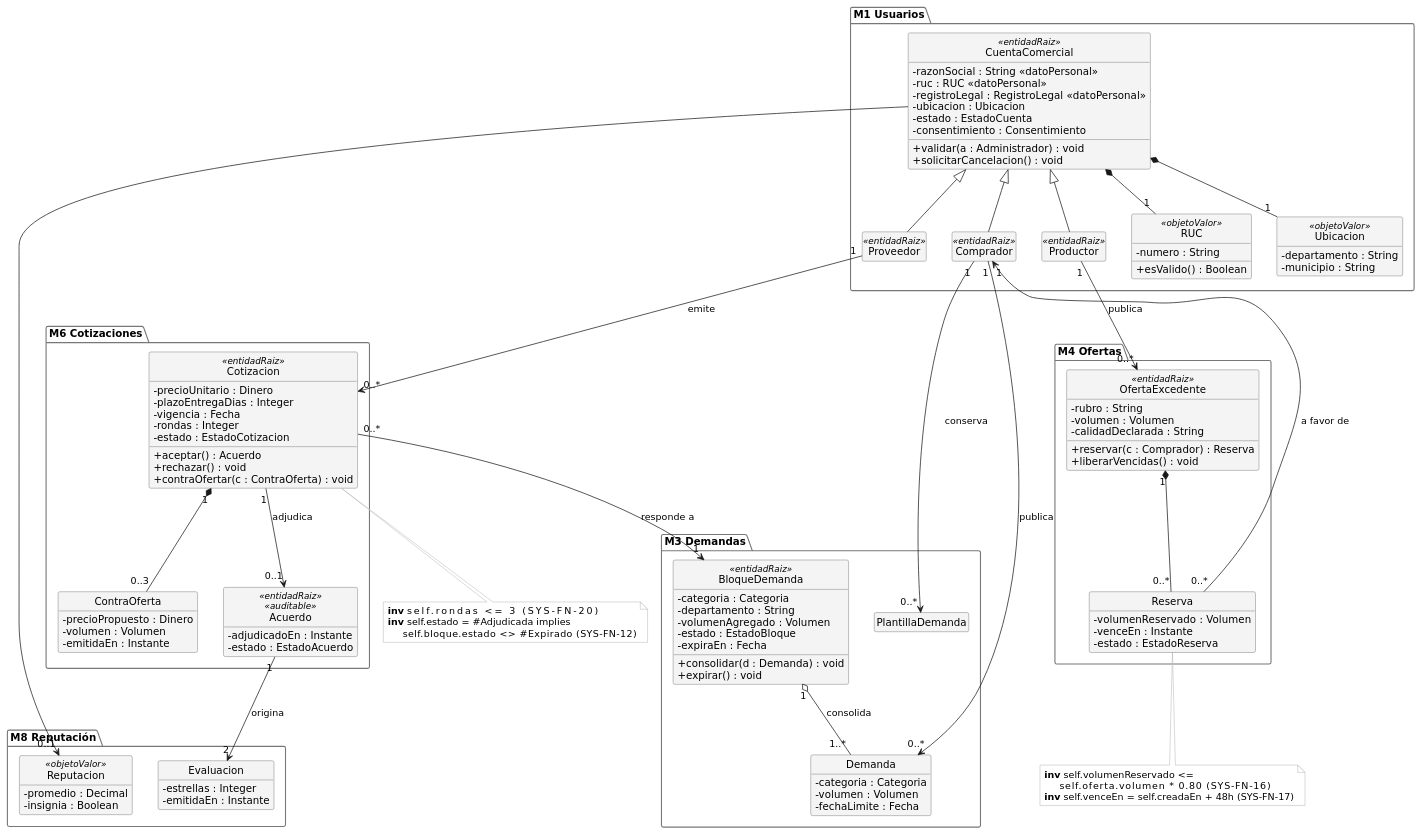
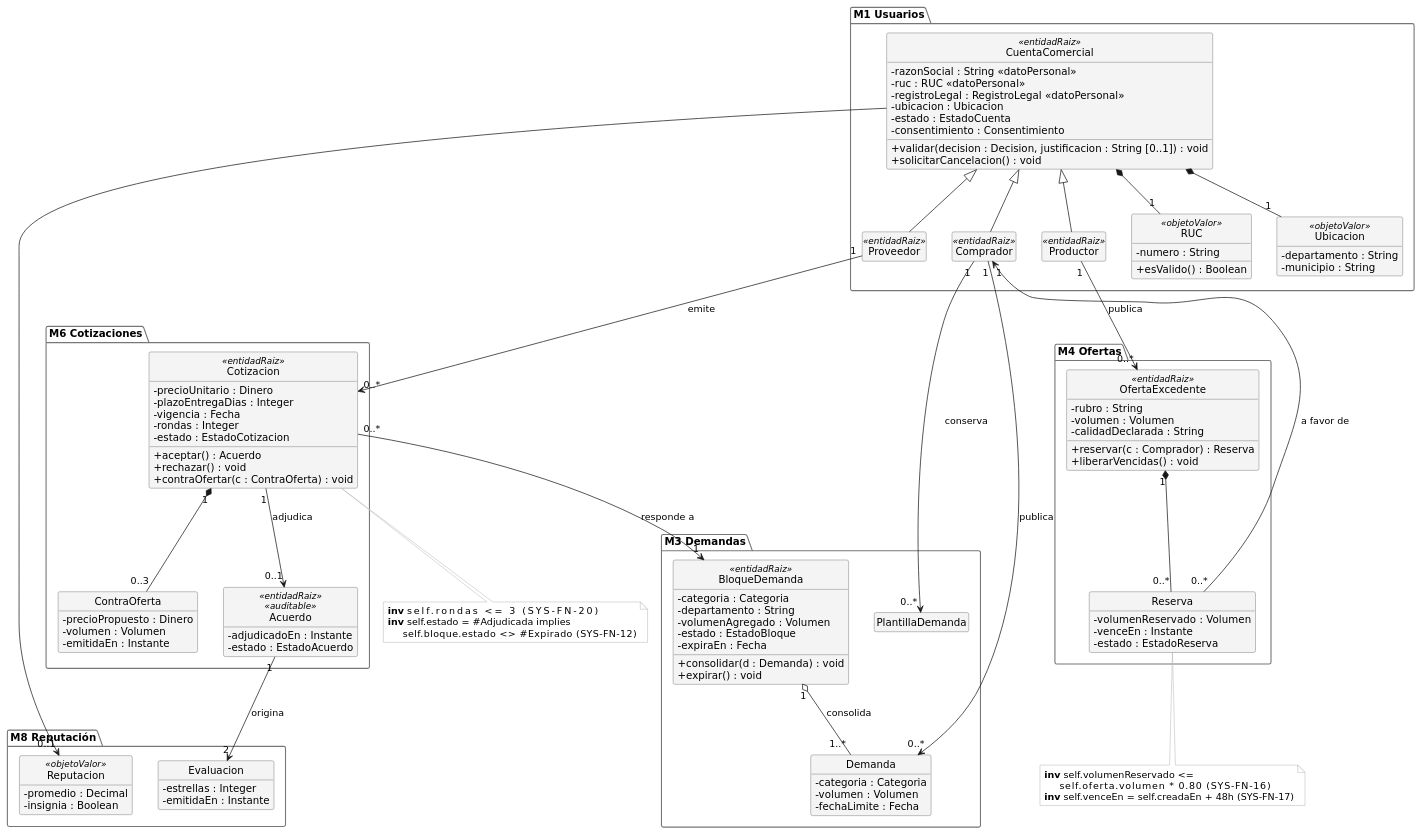
One commit to PedroMG2023/abasteceni changed the diagram in docs/modelos/MD-01-clases.puml. Above: the diagram before and after it, drawn with PlantUML. The commit also changed 6 other files, not shown here.

First line of the commit message:
docs(evidencia): aprueba DIS-35, ajusta validar en MD-01 y registra la integración de SYS-FN-07 [DIS-35] [SYS-FN-03] [SYS-FN-07] [AS-06] [DM-05]

```diff
--- a/docs/modelos/MD-01-clases.puml
+++ b/docs/modelos/MD-01-clases.puml
@@ -1,152 +1,154 @@
 @startuml MD-01-clases
 ' MD-01 — Modelo de clases del dominio (D5 §2.12.1)
 ' Pregunta: ¿qué conceptos del dominio existen, qué atributos y operaciones
 ' les corresponden, cómo se relacionan y qué invariantes cumplen?
 ' Punto de vista rector: PV-01, con aportación de PV-03 (dato personal).
 ' Perfil: solo estereotipos del Anexo B de D5 (DML-02). Las entidades internas
 ' de un agregado no llevan estereotipo: solo la raíz es referenciable desde
 ' otro módulo (restricción R2). «datoPersonal» se aplica a atributos (Property),
 ' no a la clase (D5 §2.12.1, INC-16).
 ' Trazabilidad: M1, M3, M4, M6, M8; SYS-FN-01, 02, 09, 11, 14, 16, 17, 18,
 ' 19, 20, 27 y 30. Dieciséis clases en cinco paquetes de módulo.
 ' DIS-32 (aprobada): «registroLegal» realiza SYS-FN-02 (clave en el almacén de
-' documentos y tipo de contenido). Pendiente de reflejarse en D5 v1.2.
+' documentos y tipo de contenido). DIS-35 (aprobada): «validar» recibe la decisión
+' y la justificación que exige SYS-FN-03; el Administrador queda en la bitácora.
+' Ambos cambios están pendientes de reflejarse en D5 v1.2.
 
 skinparam shadowing false
 skinparam classAttributeIconSize 0
 skinparam defaultFontName "DejaVu Sans"
 skinparam class {
   BackgroundColor #F4F4F4
   BorderColor #555555
 }
 skinparam package {
   BorderColor #777777
 }
 skinparam note {
   BackgroundColor #FFFFFF
   BorderColor #999999
 }
 hide circle
 hide empty members
 
 package "M1 Usuarios" {
   class CuentaComercial <<entidadRaiz>> {
     - razonSocial : String <<datoPersonal>>
     - ruc : RUC <<datoPersonal>>
     - registroLegal : RegistroLegal <<datoPersonal>>
     - ubicacion : Ubicacion
     - estado : EstadoCuenta
     - consentimiento : Consentimiento
-    + validar(a : Administrador) : void
+    + validar(decision : Decision, justificacion : String [0..1]) : void
     + solicitarCancelacion() : void
   }
   class Productor <<entidadRaiz>>
   class Comprador <<entidadRaiz>>
   class Proveedor <<entidadRaiz>>
   class RUC <<objetoValor>> {
     - numero : String
     + esValido() : Boolean
   }
   class Ubicacion <<objetoValor>> {
     - departamento : String
     - municipio : String
   }
   CuentaComercial <|-- Productor
   CuentaComercial <|-- Comprador
   CuentaComercial <|-- Proveedor
   CuentaComercial *-- "1" RUC
   CuentaComercial *-- "1" Ubicacion
 }
 
 package "M3 Demandas" {
   class PlantillaDemanda
   class BloqueDemanda <<entidadRaiz>> {
     - categoria : Categoria
     - departamento : String
     - volumenAgregado : Volumen
     - estado : EstadoBloque
     - expiraEn : Fecha
     + consolidar(d : Demanda) : void
     + expirar() : void
   }
   class Demanda {
     - categoria : Categoria
     - volumen : Volumen
     - fechaLimite : Fecha
   }
   BloqueDemanda "1" o-- "1..*" Demanda : consolida
 }
 
 package "M4 Ofertas" {
   class OfertaExcedente <<entidadRaiz>> {
     - rubro : String
     - volumen : Volumen
     - calidadDeclarada : String
     + reservar(c : Comprador) : Reserva
     + liberarVencidas() : void
   }
   class Reserva {
     - volumenReservado : Volumen
     - venceEn : Instante
     - estado : EstadoReserva
   }
   OfertaExcedente "1" *-- "0..*" Reserva
 }
 
 package "M6 Cotizaciones" {
   class Cotizacion <<entidadRaiz>> {
     - precioUnitario : Dinero
     - plazoEntregaDias : Integer
     - vigencia : Fecha
     - rondas : Integer
     - estado : EstadoCotizacion
     + aceptar() : Acuerdo
     + rechazar() : void
     + contraOfertar(c : ContraOferta) : void
   }
   class ContraOferta {
     - precioPropuesto : Dinero
     - volumen : Volumen
     - emitidaEn : Instante
   }
   class Acuerdo <<entidadRaiz>> <<auditable>> {
     - adjudicadoEn : Instante
     - estado : EstadoAcuerdo
   }
   Cotizacion "1" *-- "0..3" ContraOferta
   Cotizacion "1" --> "0..1" Acuerdo : adjudica
 }
 
 package "M8 Reputación" {
   class Evaluacion {
     - estrellas : Integer
     - emitidaEn : Instante
   }
   class Reputacion <<objetoValor>> {
     - promedio : Decimal
     - insignia : Boolean
   }
 }
 
 Productor "1" --> "0..*" OfertaExcedente : publica
 Comprador "1" --> "0..*" PlantillaDemanda : conserva
 Comprador "1" --> "0..*" Demanda : publica
 Reserva "0..*" --> "1" Comprador : a favor de
 Proveedor "1" --> "0..*" Cotizacion : emite
 Cotizacion "0..*" --> "1" BloqueDemanda : responde a
 Acuerdo "1" --> "2" Evaluacion : origina
 CuentaComercial --> "0..1" Reputacion
 
 note bottom of Cotizacion
   <b>inv</b> self.rondas <= 3                  (SYS-FN-20)
   <b>inv</b> self.estado = #Adjudicada implies
        self.bloque.estado <> #Expirado      (SYS-FN-12)
 end note
 
 note bottom of Reserva
   <b>inv</b> self.volumenReservado <=
        self.oferta.volumen * 0.80          (SYS-FN-16)
   <b>inv</b> self.venceEn = self.creadaEn + 48h (SYS-FN-17)
 end note
 
 @enduml
```
